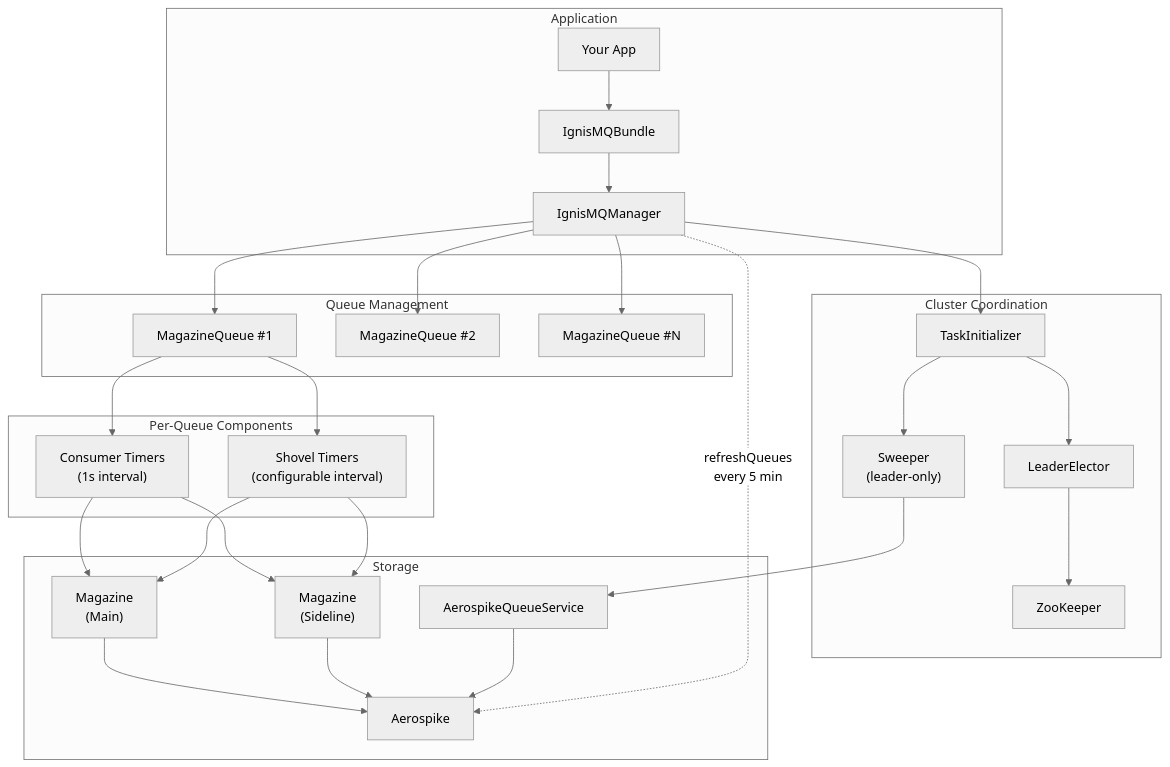
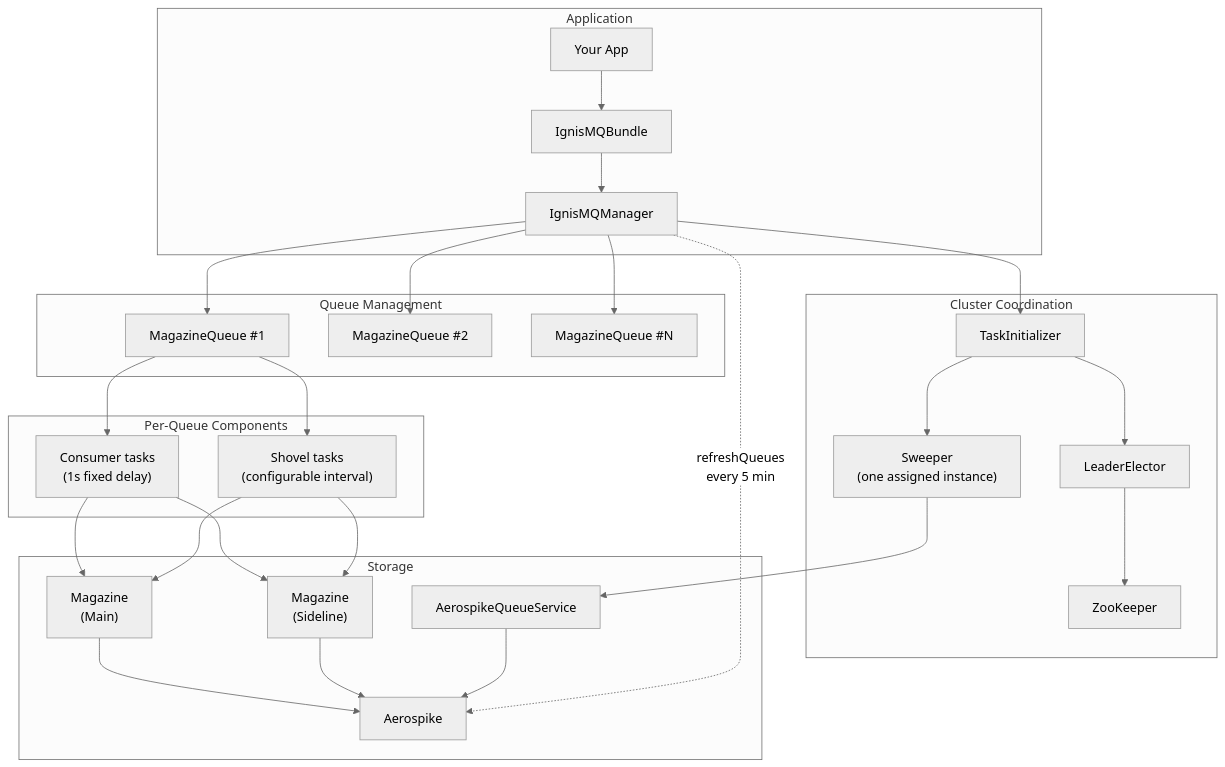
One commit to PhonePe/IgnisMQ changed the third of 3 diagrams in docs/docs/index.md. Above: the diagram before and after it, drawn with Mermaid (neutral theme). The commit also changed other lines of this file and 39 other files, not shown here.

````diff
--- a/docs/docs/index.md
+++ b/docs/docs/index.md
@@ -153,38 +160,38 @@
 ```mermaid
 flowchart TD
     subgraph Application
         App["Your App"] --> Bundle["IgnisMQBundle"]
         Bundle --> Manager["IgnisMQManager"]
     end
 
     subgraph Queue Management
         Manager --> Q1["MagazineQueue #1"]
         Manager --> Q2["MagazineQueue #2"]
         Manager --> QN["MagazineQueue #N"]
     end
 
     subgraph Per-Queue Components
-        Q1 --> C["Consumer Timers<br/>(1s interval)"]
-        Q1 --> SH["Shovel Timers<br/>(configurable interval)"]
+        Q1 --> C["Consumer tasks<br/>(1s fixed delay)"]
+        Q1 --> SH["Shovel tasks<br/>(configurable interval)"]
     end
 
     subgraph Cluster Coordination
         Manager --> TI["TaskInitializer"]
         TI --> LE["LeaderElector"]
         LE --> ZK["ZooKeeper"]
-        TI --> SW["Sweeper<br/>(leader-only)"]
+        TI --> SW["Sweeper<br/>(one assigned instance)"]
     end
 
     subgraph Storage
         C --> Mag["Magazine<br/>(Main)"]
         C --> Side["Magazine<br/>(Sideline)"]
         SH --> Mag
         SH --> Side
         SW --> AQS["AerospikeQueueService"]
         Mag --> AS["Aerospike"]
         Side --> AS
         AQS --> AS
     end
 
     Manager -.->|refreshQueues<br/>every 5 min| AS
 ```
````
